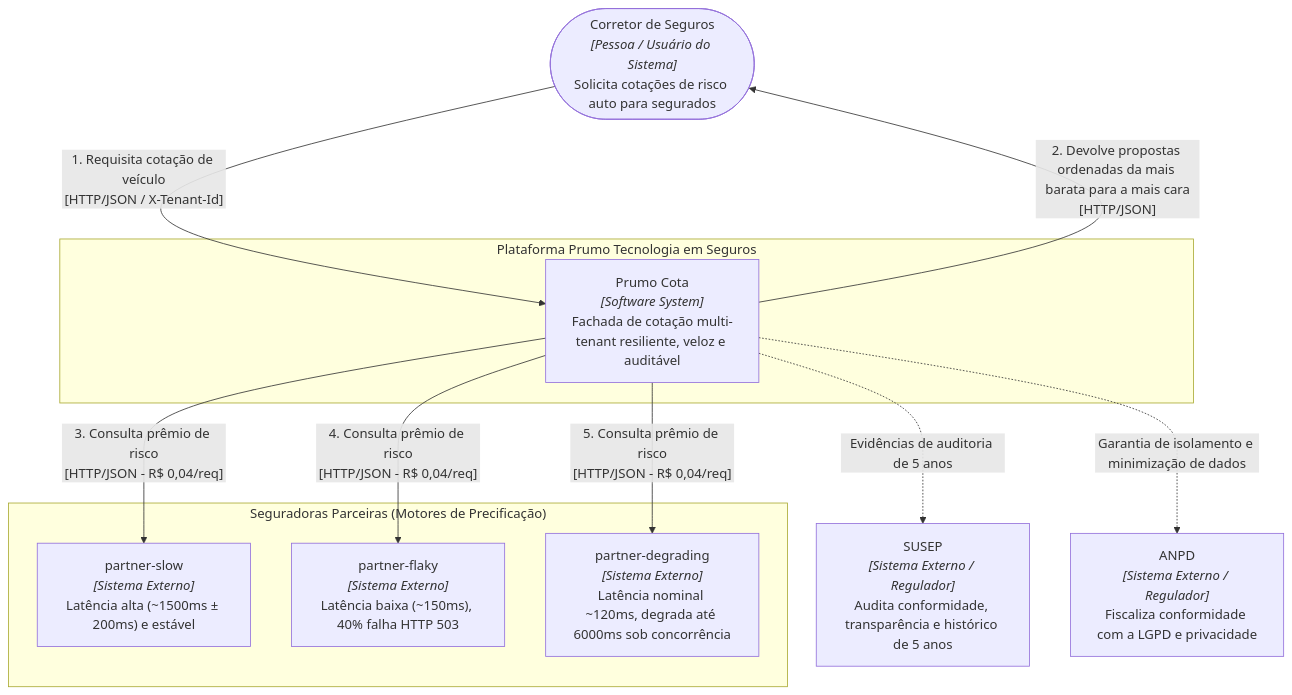
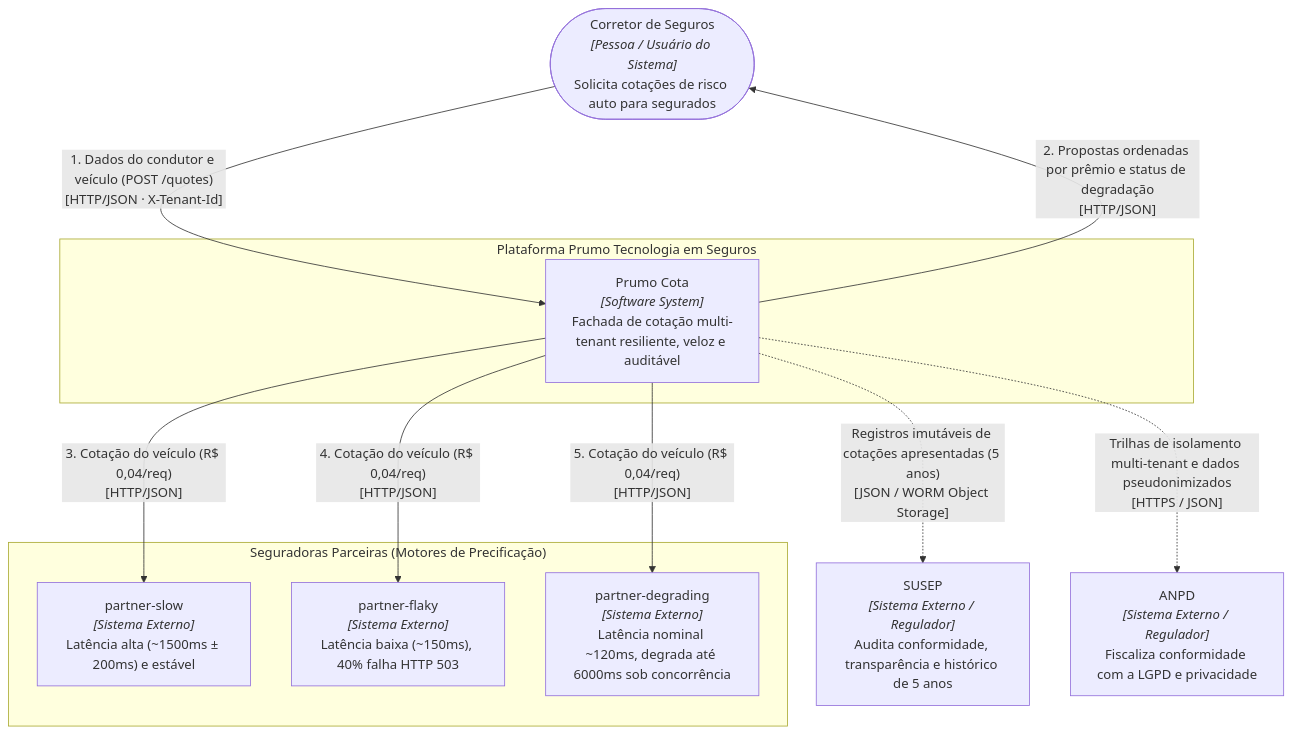
Before and after one commit to DaniloNogueira-Silva/mba_arquitetura_desafio_cotacao_seguros: the first of 5 diagrams in docs/sad.md, drawn with Mermaid. The commit also changed other lines of this file, not shown here.

Commit message:
docs: add comprehensive Solution Architecture Document (SAD) for Prumo Cota platform

````diff
--- a/docs/sad.md
+++ b/docs/sad.md
@@ -65,24 +65,24 @@
 ```mermaid
 flowchart TD
     broker(["Corretor de Seguros<br/><i>[Pessoa / Usuário do Sistema]</i><br/>Solicita cotações de risco auto para segurados"])
     susep["SUSEP<br/><i>[Sistema Externo / Regulador]</i><br/>Audita conformidade, transparência e histórico de 5 anos"]
     anpd["ANPD<br/><i>[Sistema Externo / Regulador]</i><br/>Fiscaliza conformidade com a LGPD e privacidade"]
 
     subgraph PrumoSystem ["Plataforma Prumo Tecnologia em Seguros"]
         prumoCota["Prumo Cota<br/><i>[Software System]</i><br/>Fachada de cotação multi-tenant resiliente, veloz e auditável"]
     end
 
     subgraph ExternalPartners ["Seguradoras Parceiras (Motores de Precificação)"]
         pSlow["partner-slow<br/><i>[Sistema Externo]</i><br/>Latência alta (~1500ms ± 200ms) e estável"]
         pFlaky["partner-flaky<br/><i>[Sistema Externo]</i><br/>Latência baixa (~150ms), 40% falha HTTP 503"]
         pDegrading["partner-degrading<br/><i>[Sistema Externo]</i><br/>Latência nominal ~120ms, degrada até 6000ms sob concorrência"]
     end
 
-    broker -- "1. Requisita cotação de veículo<br/>[HTTP/JSON / X-Tenant-Id]" --> prumoCota
-    prumoCota -- "2. Devolve propostas ordenadas da mais barata para a mais cara<br/>[HTTP/JSON]" --> broker
-    prumoCota -- "3. Consulta prêmio de risco<br/>[HTTP/JSON - R$ 0,04/req]" --> pSlow
-    prumoCota -- "4. Consulta prêmio de risco<br/>[HTTP/JSON - R$ 0,04/req]" --> pFlaky
-    prumoCota -- "5. Consulta prêmio de risco<br/>[HTTP/JSON - R$ 0,04/req]" --> pDegrading
-    prumoCota -. "Evidências de auditoria de 5 anos" .-> susep
-    prumoCota -. "Garantia de isolamento e minimização de dados" .-> anpd
+    broker -- "1. Dados do condutor e veículo (POST /quotes)<br/>[HTTP/JSON · X-Tenant-Id]" --> prumoCota
+    prumoCota -- "2. Propostas ordenadas por prêmio e status de degradação<br/>[HTTP/JSON]" --> broker
+    prumoCota -- "3. Cotação do veículo (R$ 0,04/req)<br/>[HTTP/JSON]" --> pSlow
+    prumoCota -- "4. Cotação do veículo (R$ 0,04/req)<br/>[HTTP/JSON]" --> pFlaky
+    prumoCota -- "5. Cotação do veículo (R$ 0,04/req)<br/>[HTTP/JSON]" --> pDegrading
+    prumoCota -. "Registros imutáveis de cotações apresentadas (5 anos)<br/>[JSON / WORM Object Storage]" .-> susep
+    prumoCota -. "Trilhas de isolamento multi-tenant e dados pseudonimizados<br/>[HTTPS / JSON]" .-> anpd
 ```
````
